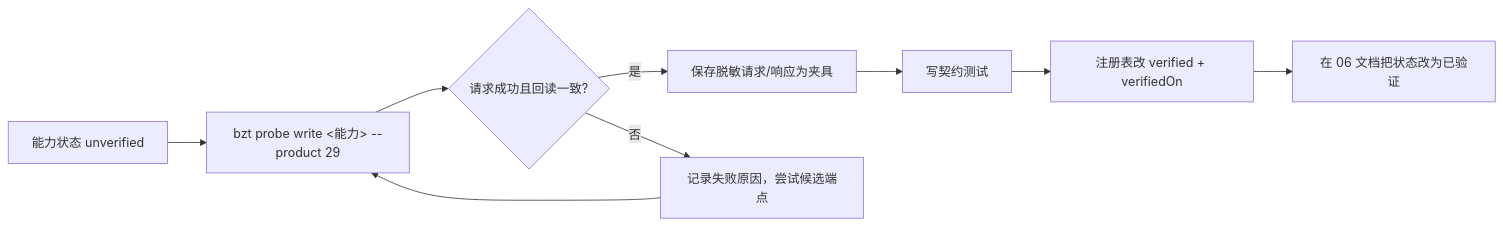
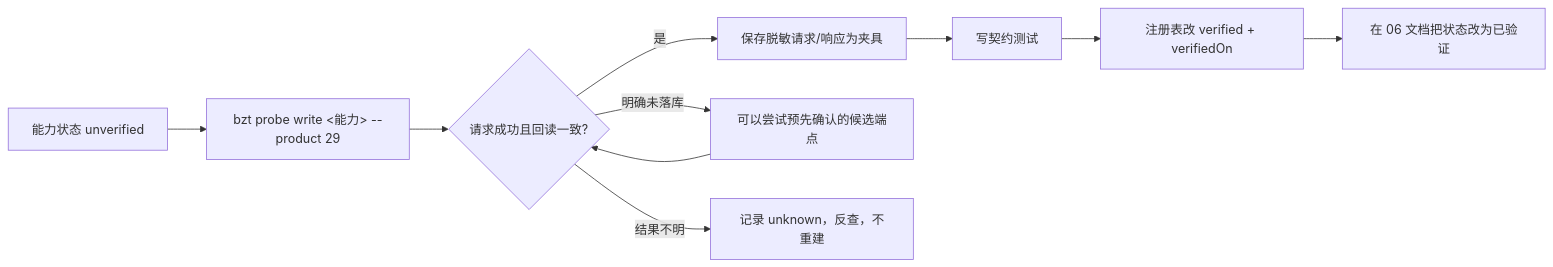
One commit to Dylan5237/better-zentao changed the diagram in docs/06-禅道接口适配.md. Above: the diagram before and after it, drawn with Mermaid. The commit also changed other lines of this file and 4 other files, not shown here.

````diff
--- a/docs/06-禅道接口适配.md
+++ b/docs/06-禅道接口适配.md
@@ -269,11 +270,12 @@
 ```mermaid
 flowchart LR
   A[能力状态 unverified] --> B[bzt probe write <能力> --product 29]
   B --> C{请求成功且回读一致?}
   C -- 是 --> D[保存脱敏请求/响应为夹具]
   D --> E[写契约测试]
   E --> F[注册表改 verified + verifiedOn]
   F --> G[在 06 文档把状态改为已验证]
-  C -- 否 --> H[记录失败原因，尝试候选端点]
-  H --> B
+  C -- 明确未落库 --> H[可以尝试预先确认的候选端点]
+  H --> C
+  C -- 结果不明 --> I[记录 unknown，反查，不重建]
 ```
````
